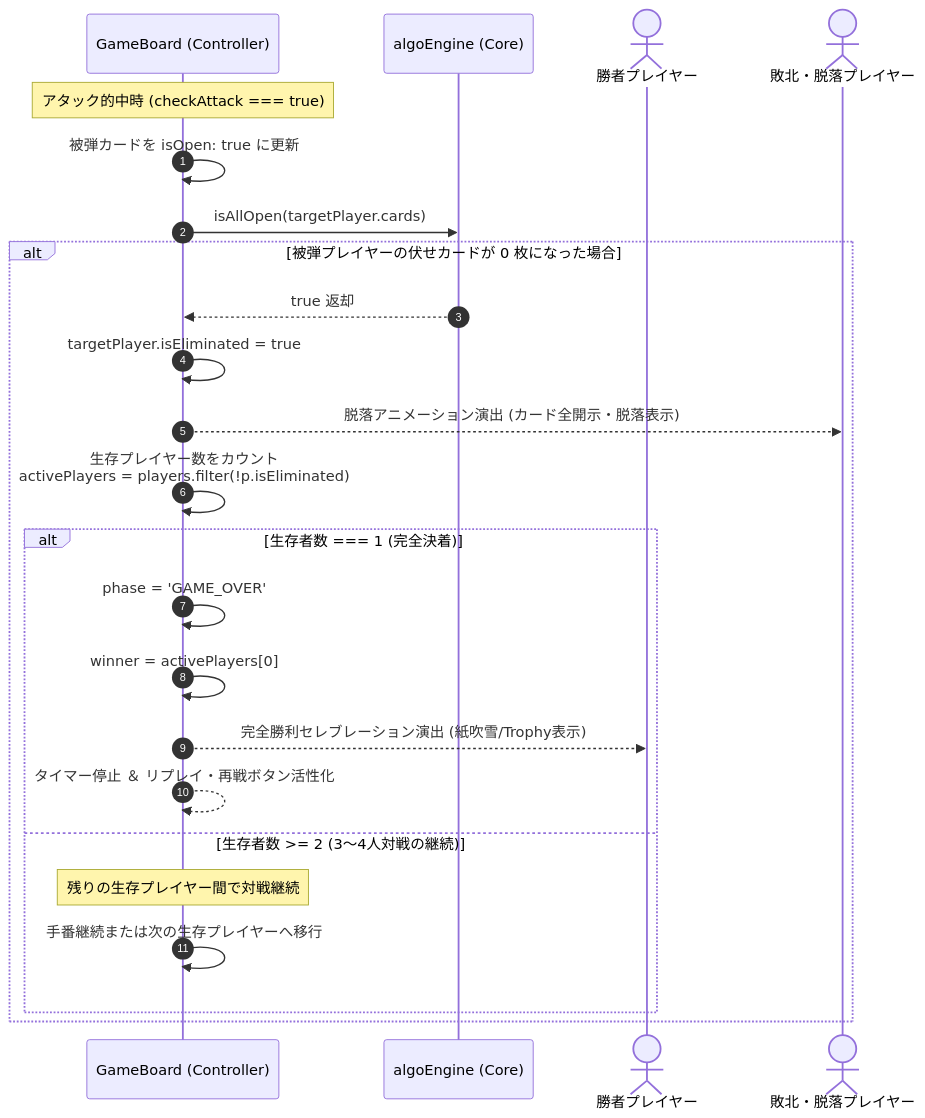
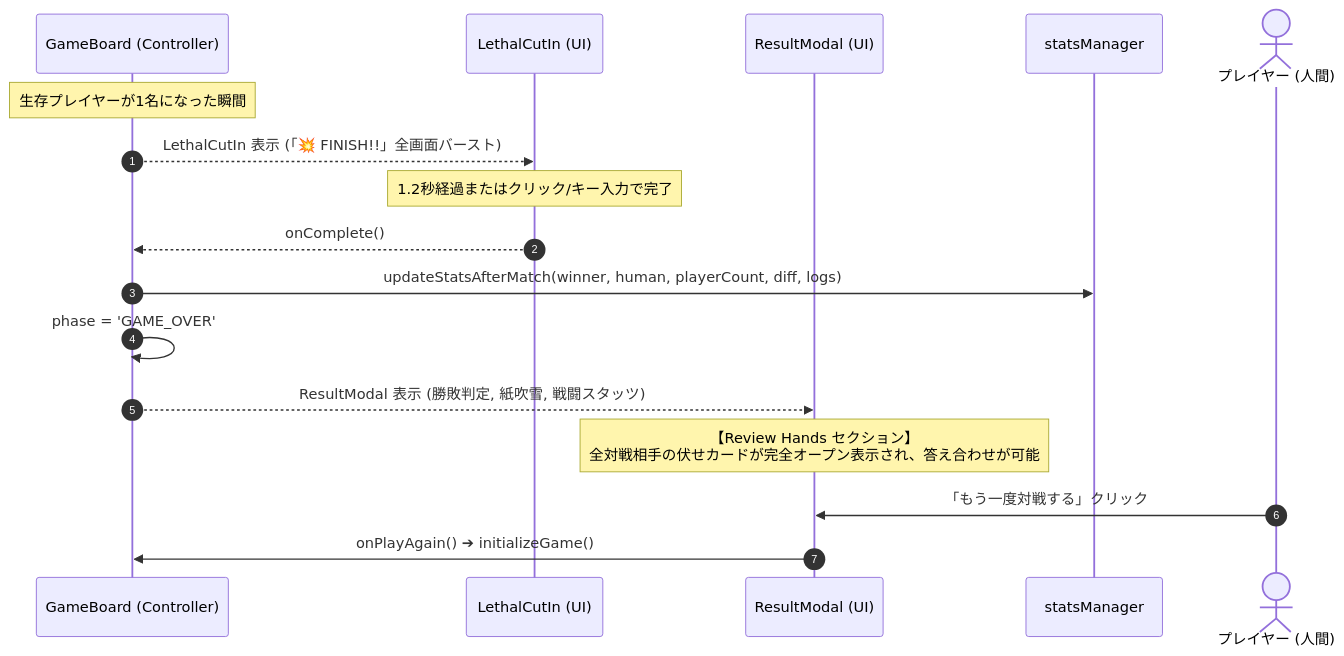
The sixth of 6 diagrams in docs/design/backend/sequence-diagrams.md (dandelion0016/algo), drawn with Mermaid before and after one commit. The commit also changed other lines of this file and 9 other files, not shown here.

````diff
--- a/docs/design/backend/sequence-diagrams.md
+++ b/docs/design/backend/sequence-diagrams.md
@@ -237,30 +197,22 @@
 ```mermaid
 sequenceDiagram
     autonumber
     participant Board as GameBoard (Controller)
-    participant Engine as algoEngine (Core)
-    actor Winner as 勝者プレイヤー
-    actor Loser as 敗北・脱落プレイヤー
+    participant CutIn as LethalCutIn (UI)
+    participant Result as ResultModal (UI)
+    participant Stats as statsManager
+    actor User as プレイヤー (人間)
 
-    Note over Board: アタック的中時 (checkAttack === true)
-    Board->>Board: 被弾カードを isOpen: true に更新
-    Board->>Engine: isAllOpen(targetPlayer.cards)
+    Note over Board: 生存プレイヤーが1名になった瞬間
+    Board-->>CutIn: LethalCutIn 表示 (「💥 FINISH!!」全画面バースト)
+    Note over CutIn: 1.2秒経過またはクリック/キー入力で完了
+    CutIn-->>Board: onComplete()
 
-    alt 被弾プレイヤーの伏せカードが 0 枚になった場合
-        Engine-->>Board: true 返却
-        Board->>Board: targetPlayer.isEliminated = true
-        Board-->>Loser: 脱落アニメーション演出 (カード全開示・脱落表示)
+    Board->>Stats: updateStatsAfterMatch(winner, human, playerCount, diff, logs)
+    Board->>Board: phase = 'GAME_OVER'
+    Board-->>Result: ResultModal 表示 (勝敗判定, 紙吹雪, 戦闘スタッツ)
 
-        Board->>Board: 生存プレイヤー数をカウント<br/>activePlayers = players.filter(!p.isEliminated)
-
-        alt 生存者数 === 1 (完全決着)
-            Board->>Board: phase = 'GAME_OVER'
-            Board->>Board: winner = activePlayers[0]
-            Board-->>Winner: 完全勝利セレブレーション演出 (紙吹雪/Trophy表示)
-            Board-->>Board: タイマー停止 ＆ リプレイ・再戦ボタン活性化
-        else 生存者数 >= 2 (3〜4人対戦の継続)
-            Note over Board: 残りの生存プレイヤー間で対戦継続
-            Board->>Board: 手番継続または次の生存プレイヤーへ移行
-        end
-    end
+    Note over Result: 【Review Hands セクション】<br/>全対戦相手の伏せカードが完全オープン表示され、答え合わせが可能
+    User->>Result: 「もう一度対戦する」クリック
+    Result->>Board: onPlayAgain() ➔ initializeGame()
 ```
````
